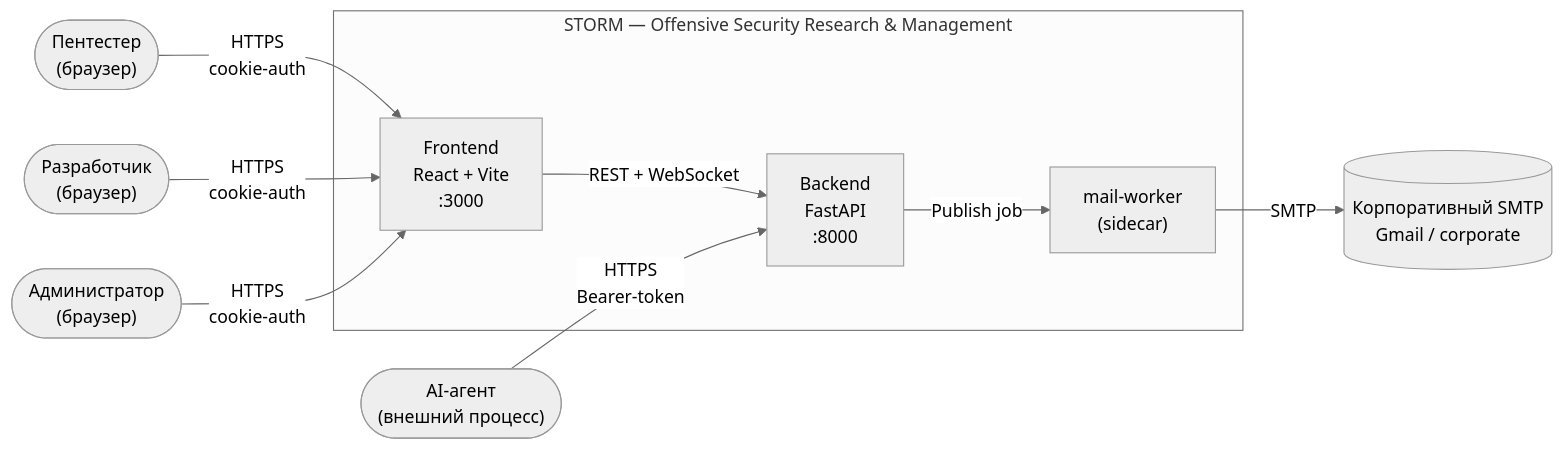
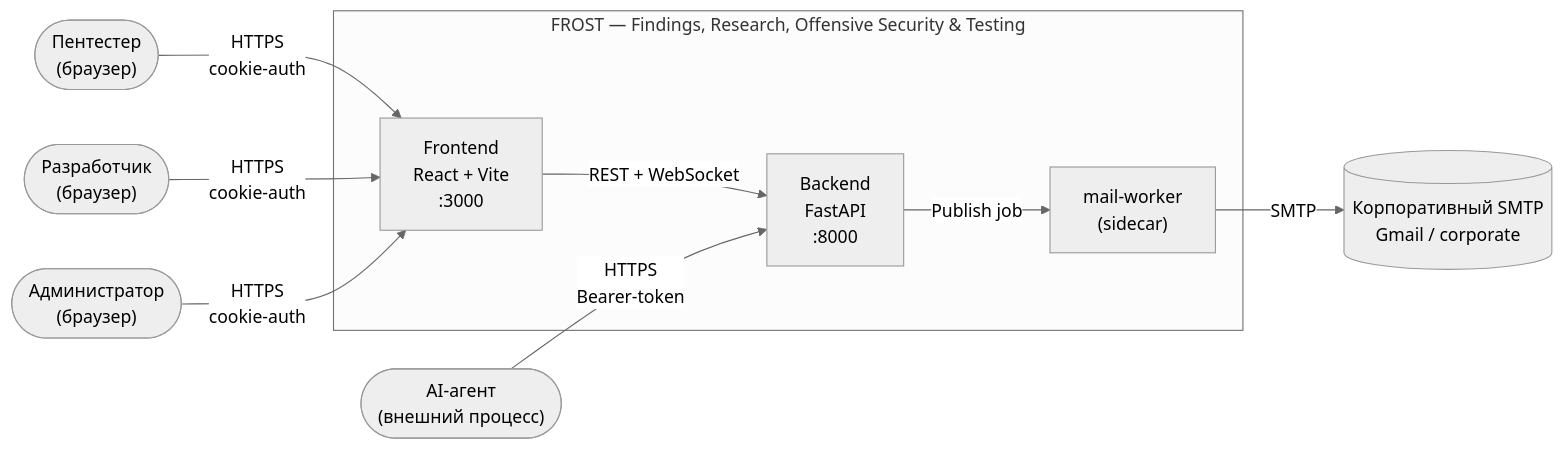
The first of 20 diagrams in docs/ARCH_DIAGRAMS.md (nkolomiika/FROST), drawn with Mermaid (neutral theme) before and after one commit. The commit also changed other lines of this file and 103 other files, not shown here.

First line of the commit message:
Rename project STORM -> FROST across the whole repo

````diff
--- a/docs/ARCH_DIAGRAMS.md
+++ b/docs/ARCH_DIAGRAMS.md
@@ -13,23 +13,23 @@
 ```mermaid
 flowchart LR
     Pentester(["Пентестер<br/>(браузер)"])
     Developer(["Разработчик<br/>(браузер)"])
     Admin(["Администратор<br/>(браузер)"])
     AIAgent(["AI-агент<br/>(внешний процесс)"])
 
-    subgraph STORM["STORM — Offensive Security Research & Management"]
+    subgraph FROST["FROST — Findings, Research, Offensive Security & Testing"]
         Frontend["Frontend<br/>React + Vite<br/>:3000"]
         Backend["Backend<br/>FastAPI<br/>:8000"]
         Worker["mail-worker<br/>(sidecar)"]
     end
 
     SMTP[("Корпоративный SMTP<br/>Gmail / corporate")]
 
     Pentester -->|HTTPS<br/>cookie-auth| Frontend
     Developer -->|HTTPS<br/>cookie-auth| Frontend
     Admin -->|HTTPS<br/>cookie-auth| Frontend
     Frontend -->|REST + WebSocket| Backend
     AIAgent -->|HTTPS<br/>Bearer-token| Backend
     Backend -->|Publish job| Worker
     Worker -->|SMTP| SMTP
 ```
````
